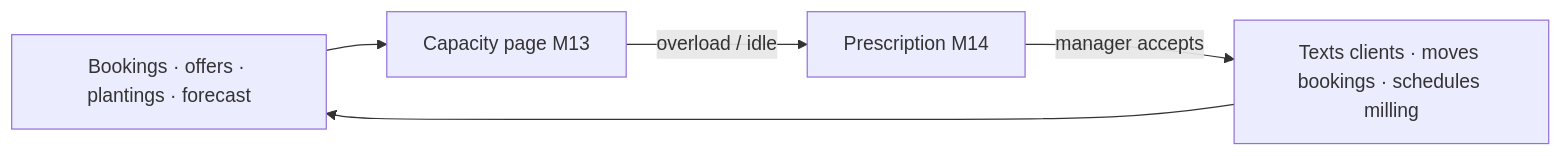
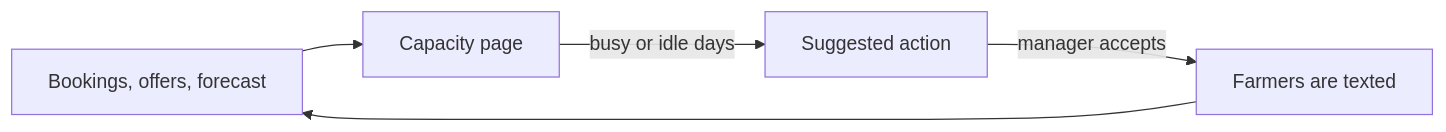
The fifth of 6 diagrams in PRD.md (andrianllmm/hack-iloilo), drawn with Mermaid before and after one commit. The commit also changed other lines of this file and 2 other files, not shown here.

````diff
--- a/PRD.md
+++ b/PRD.md
@@ -105,7 +114,7 @@
 ```mermaid
 flowchart LR
-  inputs["Bookings · offers · plantings · forecast"] --> cap[Capacity page M13]
-  cap -->|overload / idle| rx[Prescription M14]
-  rx -->|manager accepts| act["Texts clients · moves bookings · schedules milling"]
-  act --> inputs
+  in["Bookings, offers, forecast"] --> cap[Capacity page]
+  cap -->|busy or idle days| rx[Suggested action]
+  rx -->|manager accepts| act[Farmers are texted]
+  act --> in
 ```
````
